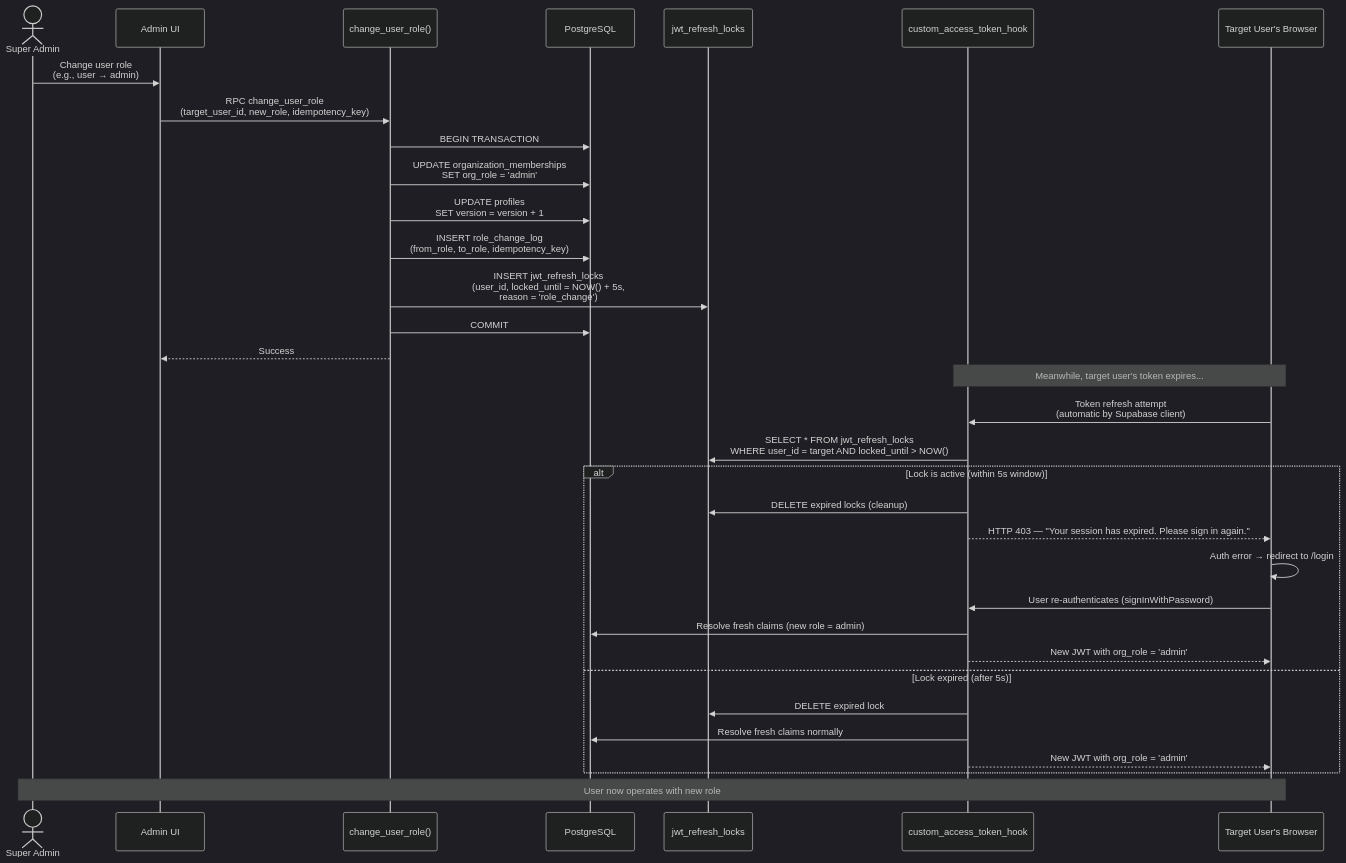
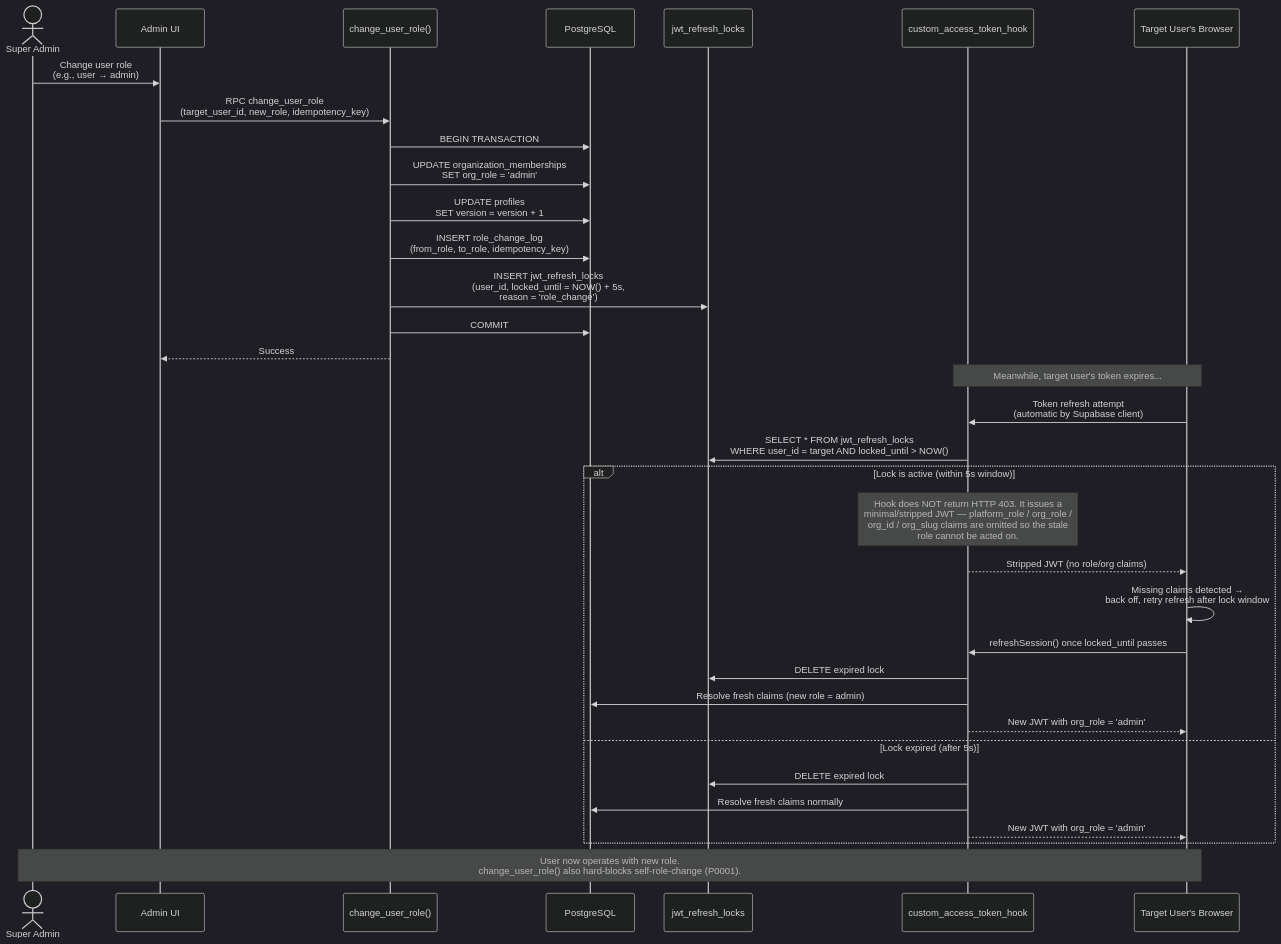
Before and after one commit to nickosmas/dub-grid: the sixth of 13 diagrams in SYSTEM_FLOWCHARTS.md, drawn with Mermaid (dark theme). The commit also changed other lines of this file and 10 other files, not shown here.

````diff
--- a/SYSTEM_FLOWCHARTS.md
+++ b/SYSTEM_FLOWCHARTS.md
@@ -638,42 +672,43 @@
 ```mermaid
 sequenceDiagram
     actor Admin as Super Admin
     participant UI as Admin UI
     participant RPC as change_user_role()
     participant DB as PostgreSQL
     participant Lock as jwt_refresh_locks
     participant Hook as custom_access_token_hook
     participant Target as Target User's Browser
 
     Admin->>UI: Change user role<br/>(e.g., user → admin)
     UI->>RPC: RPC change_user_role<br/>(target_user_id, new_role, idempotency_key)
 
     RPC->>DB: BEGIN TRANSACTION
     RPC->>DB: UPDATE organization_memberships<br/>SET org_role = 'admin'
     RPC->>DB: UPDATE profiles<br/>SET version = version + 1
     RPC->>DB: INSERT role_change_log<br/>(from_role, to_role, idempotency_key)
     RPC->>Lock: INSERT jwt_refresh_locks<br/>(user_id, locked_until = NOW() + 5s,<br/>reason = 'role_change')
     RPC->>DB: COMMIT
 
     RPC-->>UI: Success
 
     Note over Target,Hook: Meanwhile, target user's token expires...
 
     Target->>Hook: Token refresh attempt<br/>(automatic by Supabase client)
     Hook->>Lock: SELECT * FROM jwt_refresh_locks<br/>WHERE user_id = target AND locked_until > NOW()
 
     alt Lock is active (within 5s window)
-        Hook->>Lock: DELETE expired locks (cleanup)
-        Hook-->>Target: HTTP 403 — "Your session has expired. Please sign in again."
-        Target->>Target: Auth error → redirect to /login
-        Target->>Hook: User re-authenticates (signInWithPassword)
+        Note over Hook: Hook does NOT return HTTP 403. It issues a<br/>minimal/stripped JWT — platform_role / org_role /<br/>org_id / org_slug claims are omitted so the stale<br/>role cannot be acted on.
+        Hook-->>Target: Stripped JWT (no role/org claims)
+        Target->>Target: Missing claims detected →<br/>back off, retry refresh after lock window
+        Target->>Hook: refreshSession() once locked_until passes
+        Hook->>Lock: DELETE expired lock
         Hook->>DB: Resolve fresh claims (new role = admin)
         Hook-->>Target: New JWT with org_role = 'admin'
     else Lock expired (after 5s)
         Hook->>Lock: DELETE expired lock
         Hook->>DB: Resolve fresh claims normally
         Hook-->>Target: New JWT with org_role = 'admin'
     end
 
-    Note over Admin,Target: User now operates with new role
+    Note over Admin,Target: User now operates with new role.<br/>change_user_role() also hard-blocks self-role-change (P0001).
 ```
````
